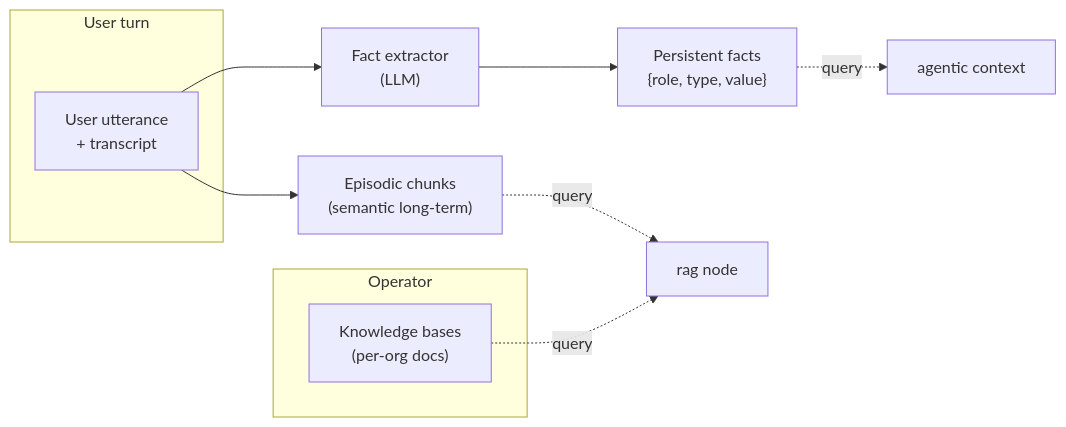
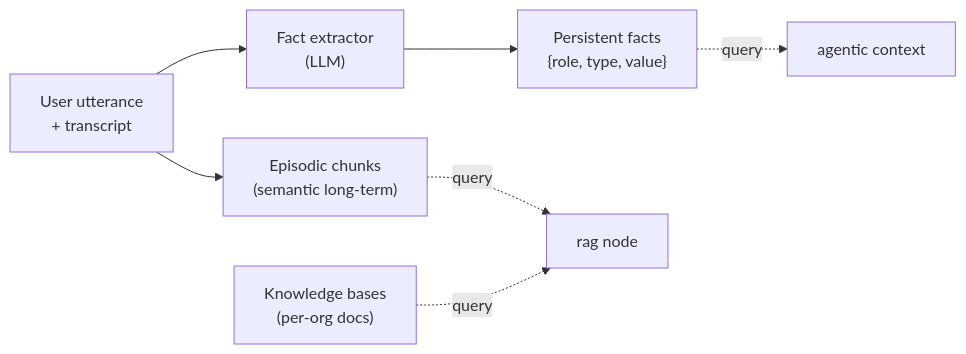
One commit to Aico-Systems/docs changed the fourth of 4 diagrams in platform/flows.mdx. Above: the diagram before and after it, drawn with Mermaid. The commit also changed other lines of this file and 9 other files, not shown here.

````diff
--- a/platform/flows.mdx
+++ b/platform/flows.mdx
@@ -162,15 +158,10 @@
 ```mermaid
 flowchart LR
-    subgraph User turn
-        UT["User utterance<br/>+ transcript"]
-    end
-    UT --> EP["Episodic chunks<br/>(semantic long-term)"]
+    UT["User utterance<br/>+ transcript"] --> EP["Episodic chunks<br/>(semantic long-term)"]
     UT --> FX["Fact extractor<br/>(LLM)"]
     FX --> FC["Persistent facts<br/>{role, type, value}"]
-    subgraph Operator
-        KB["Knowledge bases<br/>(per-org docs)"]
-    end
+    KB["Knowledge bases<br/>(per-org docs)"]
     EP -.query.-> RAG["rag node"]
     FC -.query.-> AGC["agentic context"]
     KB -.query.-> RAG
 ```
````
